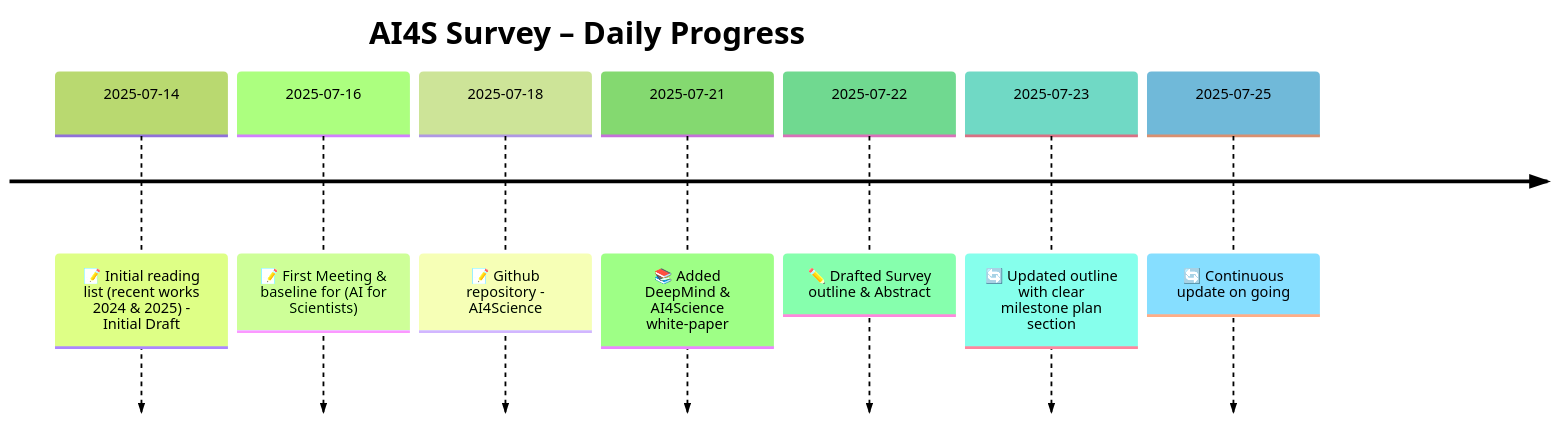
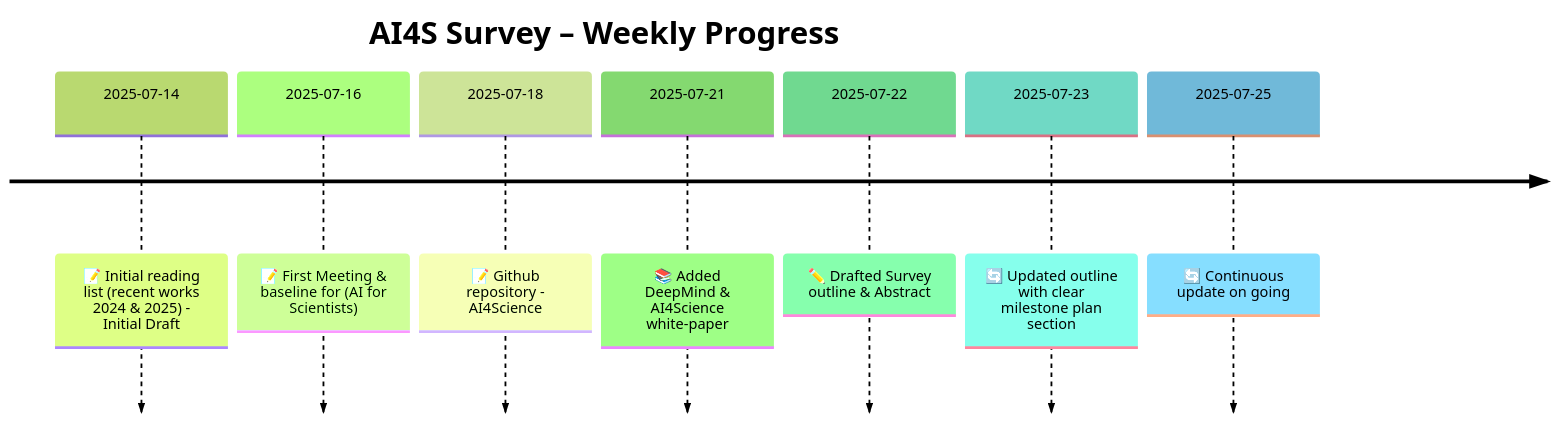
The diagram in README.md (MI-Hussain/AI4Science), drawn with Mermaid (forest theme) before and after one commit. The commit also changed other lines of this file, not shown here.

````diff
--- a/README.md
+++ b/README.md
@@ -142,12 +142,12 @@
 ```mermaid
 timeline
-    title AI4S Survey – Daily Progress
+    title AI4S Survey – Weekly Progress
     2025-07-14 : 📝 Initial reading list (recent works 2024 & 2025) - Initial Draft
     2025-07-16 : 📝 First Meeting & baseline for (AI for Scientists)
     2025-07-18 : 📝 Github repository - AI4Science
     2025-07-21 : 📚 Added DeepMind & AI4Science white‑paper
     2025-07-22 : ✏️ Drafted Survey outline & Abstract
     2025-07-23 : 🔄 Updated outline with clear milestone plan section
     2025-07-25 : 🔄 Continuous update on going
 
 ```
````
